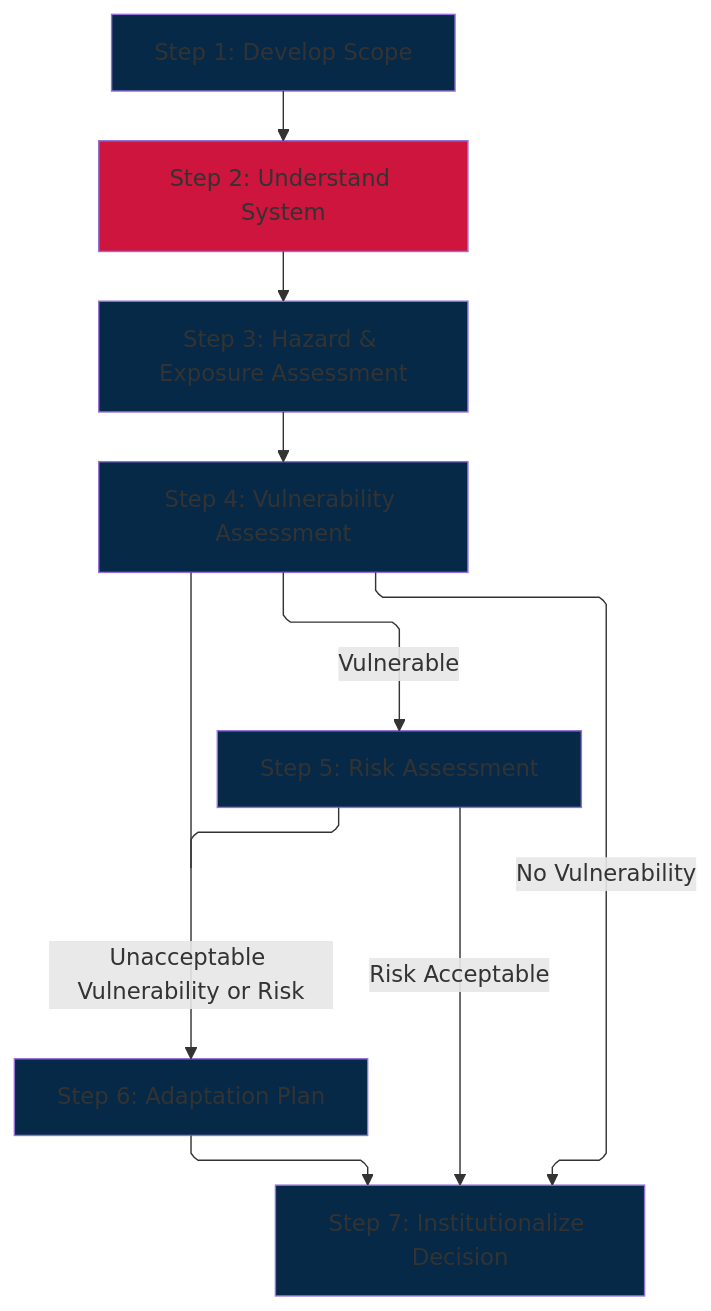
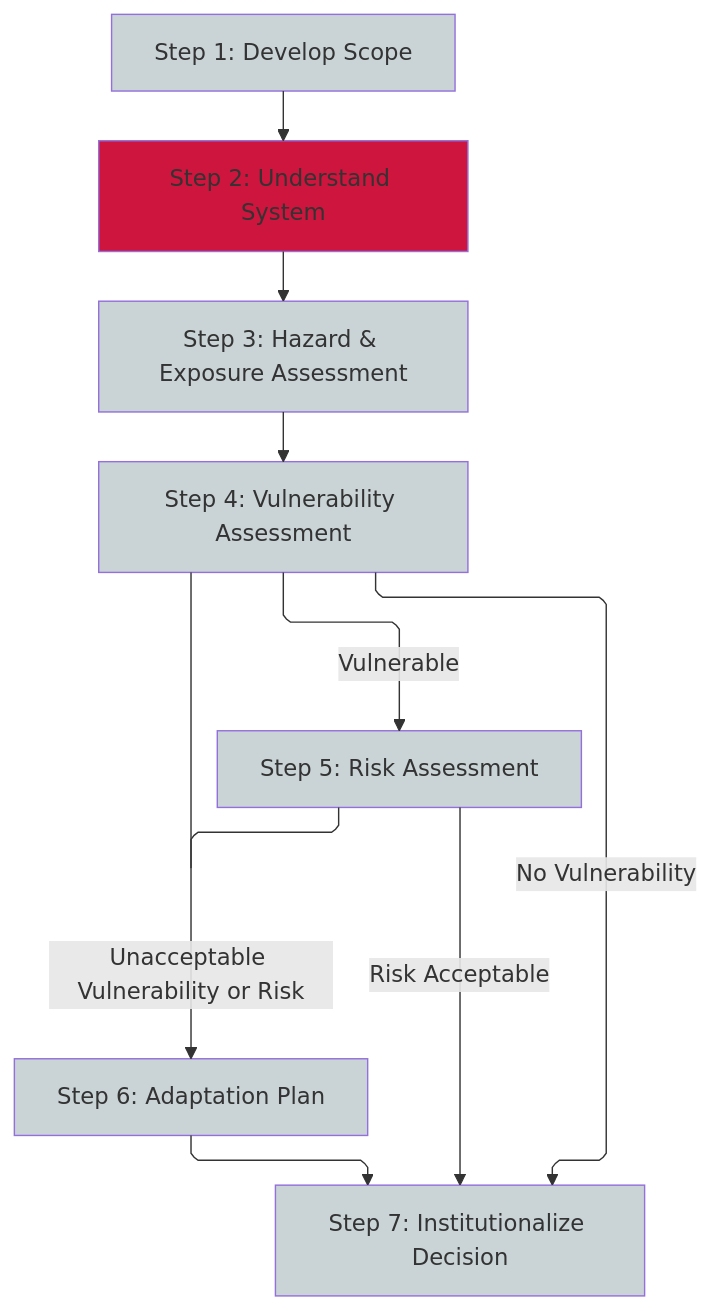
Before and after one commit to Ouranosinc/energy_climate_data_guide: the diagram in ecdg_report/adaptation/risk_step2_system.qmd, drawn with Mermaid. The commit also changed 8 other files, not shown here.

Commit message:
Updated colours of mermaid diagrams

````diff
--- a/ecdg_report/adaptation/risk_step2_system.qmd
+++ b/ecdg_report/adaptation/risk_step2_system.qmd
@@ -24,25 +24,25 @@
 ```{mermaid}
 %%| fig-align: center
 %%| fig-cap: "Generic Workflow for Adaptation"
 ---
 config:
     flowchart:
         curve: linear
 ---
 flowchart-elk TD
     A[Step 1: Develop Scope]:::basic --> B[Step 2: Understand System]:::focus
     B --> C[Step 3: Hazard & Exposure Assessment]:::basic
     C --> D[Step 4: Vulnerability Assessment]:::basic
     H[Step 7: Institutionalize Decision]:::basic
     D --> |No Vulnerability| H
     D --> |Vulnerable| E[Step 5: Risk Assessment]:::basic
     F[Step 6: Adaptation Plan]:::basic
     D & E --- J1[ ]:::join
     J1 --> |Unacceptable Vulnerability or Risk| F
     E --> |Risk Acceptable| H
     F --> H
 
-    classDef basic fill:#052946
+    classDef basic fill:#CAD4D6
     classDef focus fill:#CE153D
     classDef join height:0px
 ```
````
